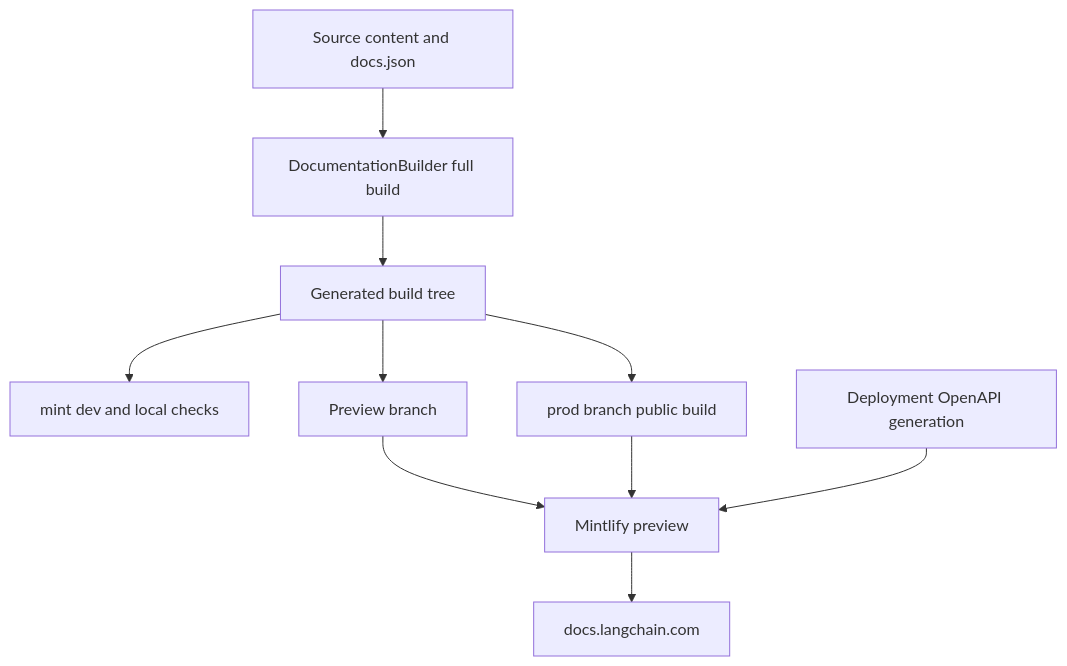
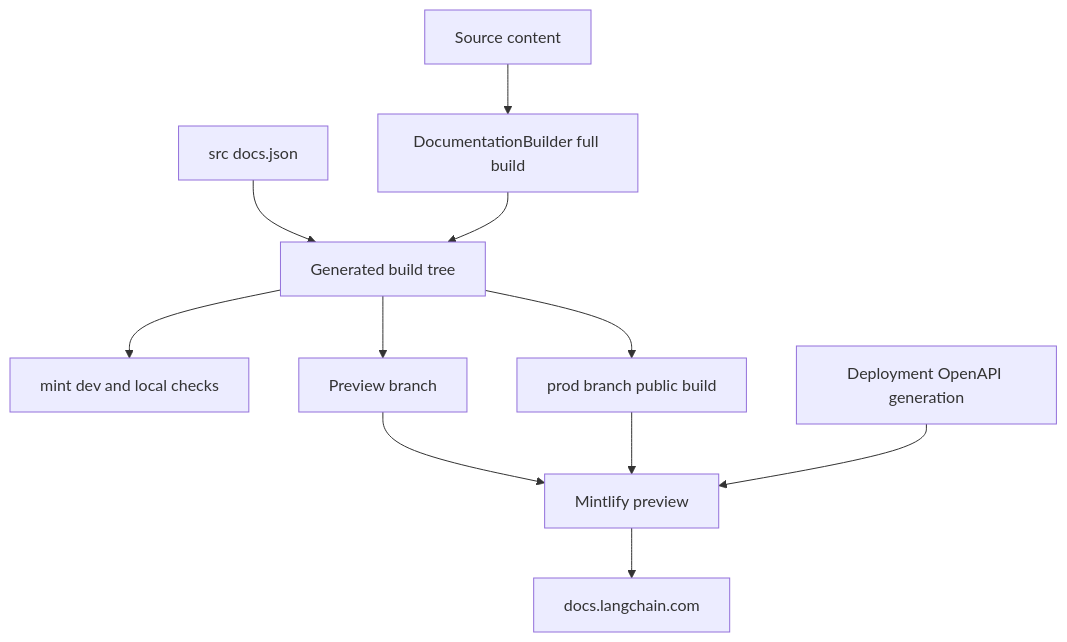
One commit to langchain-ai/docs changed the diagram in openwiki/integrations/mintlify.md. Above: the diagram before and after it, drawn with Mermaid. The commit also changed other lines of this file and 32 other files, not shown here.

````diff
--- a/openwiki/integrations/mintlify.md
+++ b/openwiki/integrations/mintlify.md
@@ -41,12 +43,13 @@
 ```mermaid
 flowchart TD
-    Src["Source content and docs.json"] --> Build["DocumentationBuilder full build"]
-    Build --> Tree["Generated build tree"]
-    Tree --> Local["mint dev and local checks"]
-    Tree --> Preview["Preview branch"]
-    Tree --> Prod["prod branch public build"]
+    Src["Source content"] --> Builder["DocumentationBuilder full build"]
+    Config["src docs.json"] --> Build["Generated build tree"]
+    Builder --> Build
+    Build --> Local["mint dev and local checks"]
+    Build --> Preview["Preview branch"]
+    Build --> Prod["prod branch public build"]
     Preview --> Mint["Mintlify preview"]
     Prod --> Mint
-    Spec["Deployment OpenAPI generation"] --> Mint
+    OpenAPI["Deployment OpenAPI generation"] --> Mint
     Mint --> Site["docs.langchain.com"]
 ```
````
